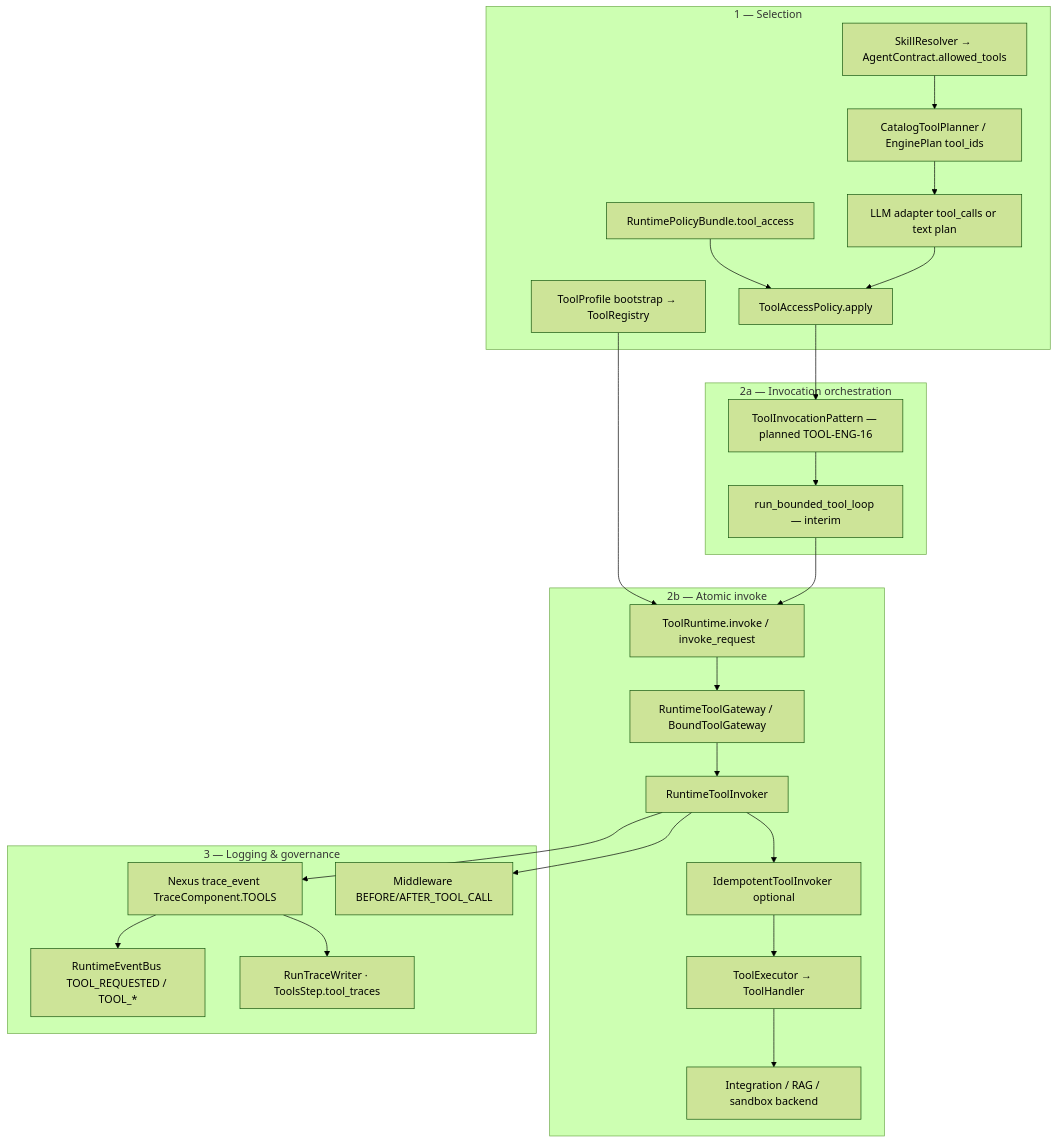
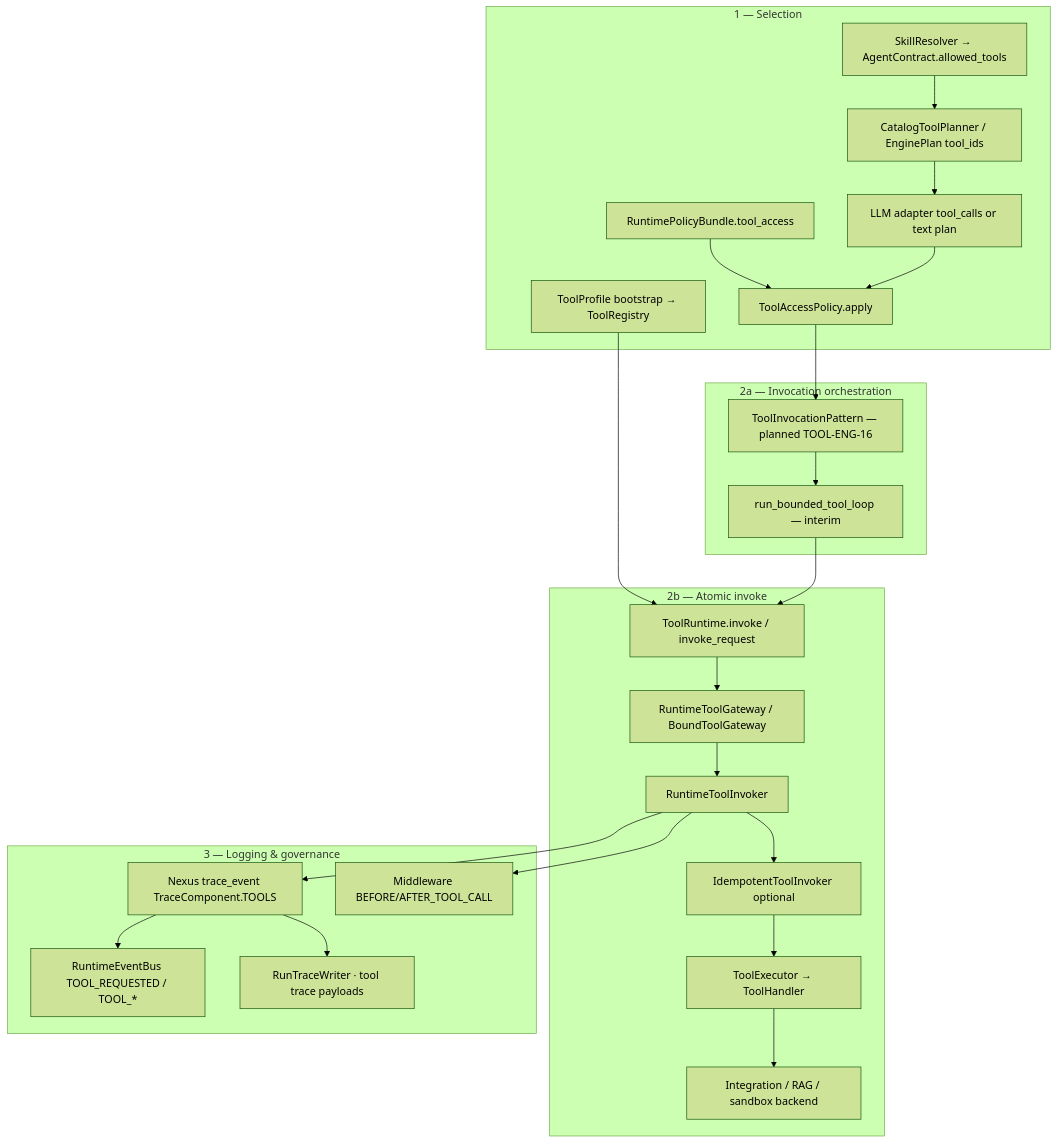
The first of 4 diagrams in docs/architecture/TOOLS.md (jakbuczarnecki/intergrax), drawn with Mermaid (forest theme) before and after one commit. The commit also changed other lines of this file and 74 other files, not shown here.

````diff
--- a/docs/architecture/TOOLS.md
+++ b/docs/architecture/TOOLS.md
@@ -159,43 +159,43 @@
 ```mermaid
 flowchart TD
     subgraph Select["1 — Selection"]
         TP[ToolProfile bootstrap → ToolRegistry]
         SK[SkillResolver → AgentContract.allowed_tools]
         PB[RuntimePolicyBundle.tool_access]
         CTP[CatalogToolPlanner / EnginePlan tool_ids]
         LLM[LLM adapter tool_calls or text plan]
         TAP[ToolAccessPolicy.apply]
     end
 
     subgraph Orchestrate["2a — Invocation orchestration"]
         TIP[ToolInvocationPattern — planned TOOL-ENG-16]
         TLB[run_bounded_tool_loop — interim]
     end
 
     subgraph Invoke["2b — Atomic invoke"]
         TR[ToolRuntime.invoke / invoke_request]
         GW[RuntimeToolGateway / BoundToolGateway]
         RTI[RuntimeToolInvoker]
         IID[IdempotentToolInvoker optional]
         EX[ToolExecutor → ToolHandler]
         BE[Integration / RAG / sandbox backend]
     end
 
     subgraph Log["3 — Logging & governance"]
         TE[Nexus trace_event TraceComponent.TOOLS]
         EVT[RuntimeEventBus TOOL_REQUESTED / TOOL_*]
         MW[Middleware BEFORE/AFTER_TOOL_CALL]
-        TRW[RunTraceWriter · ToolsStep.tool_traces]
+        TRW[RunTraceWriter · tool trace payloads]
     end
 
     TP --> TR
     SK --> CTP
     PB --> TAP
     CTP --> LLM --> TAP --> TIP
     TIP --> TLB
     TLB --> TR
     TR --> GW --> RTI --> IID --> EX --> BE
     RTI --> TE --> EVT
     RTI --> MW
     TE --> TRW
 ```
````
